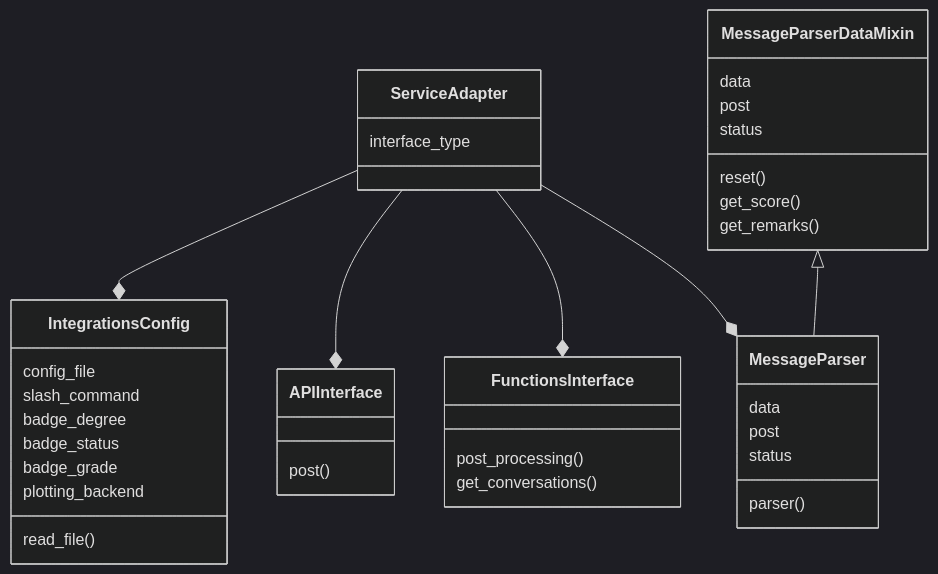
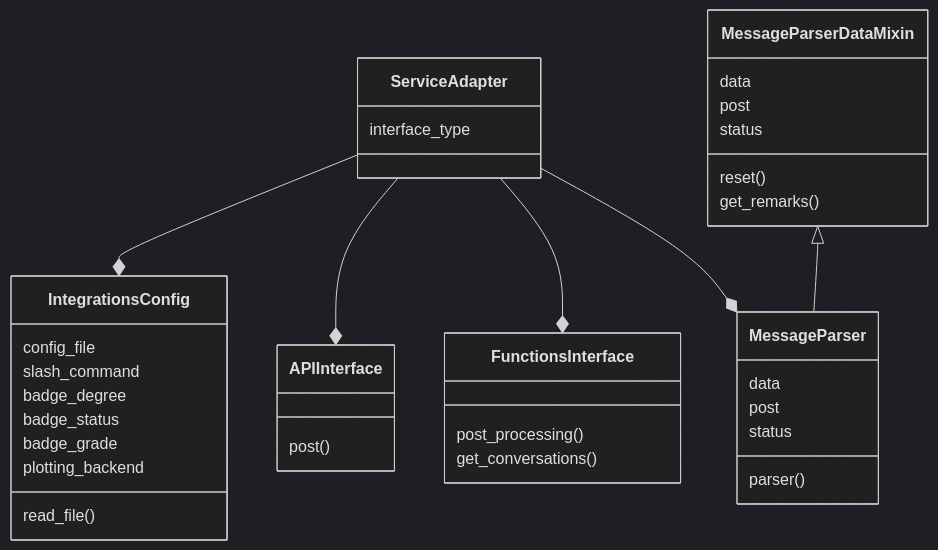
The second of 2 diagrams in docs/development/architecture.md (togakushi/slack-mahjong-score-management), drawn with Mermaid (dark theme) before and after one commit. The commit also changed 8 other files, not shown here.

````diff
--- a/docs/development/architecture.md
+++ b/docs/development/architecture.md
@@ -62,40 +62,39 @@
 ```mermaid
 classDiagram
     class ServiceAdapter
         ServiceAdapter : interface_type
         ServiceAdapter --* IntegrationsConfig
         ServiceAdapter --* APIInterface
         ServiceAdapter --* FunctionsInterface
         ServiceAdapter --* MessageParser
 
     class IntegrationsConfig
         IntegrationsConfig : config_file
         IntegrationsConfig : slash_command
         IntegrationsConfig : badge_degree
         IntegrationsConfig : badge_status
         IntegrationsConfig : badge_grade
         IntegrationsConfig : plotting_backend
         IntegrationsConfig : read_file()
 
     class APIInterface
         APIInterface : post()
 
     class FunctionsInterface
         FunctionsInterface : post_processing()
         FunctionsInterface : get_conversations()
 
     class MessageParser
         MessageParser : data
         MessageParser : post
         MessageParser : status
         MessageParser : parser()
 
     class MessageParserDataMixin
         MessageParserDataMixin <|-- MessageParser
         MessageParserDataMixin : data
         MessageParserDataMixin : post
         MessageParserDataMixin : status
         MessageParserDataMixin : reset()
-        MessageParserDataMixin : get_score()
         MessageParserDataMixin : get_remarks()
 ```
````
